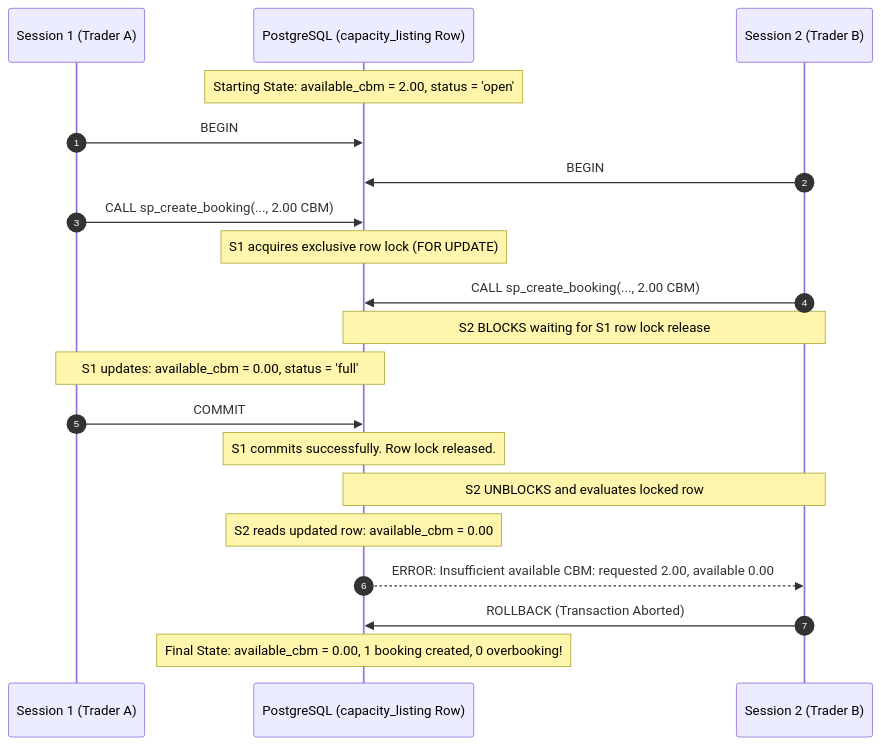
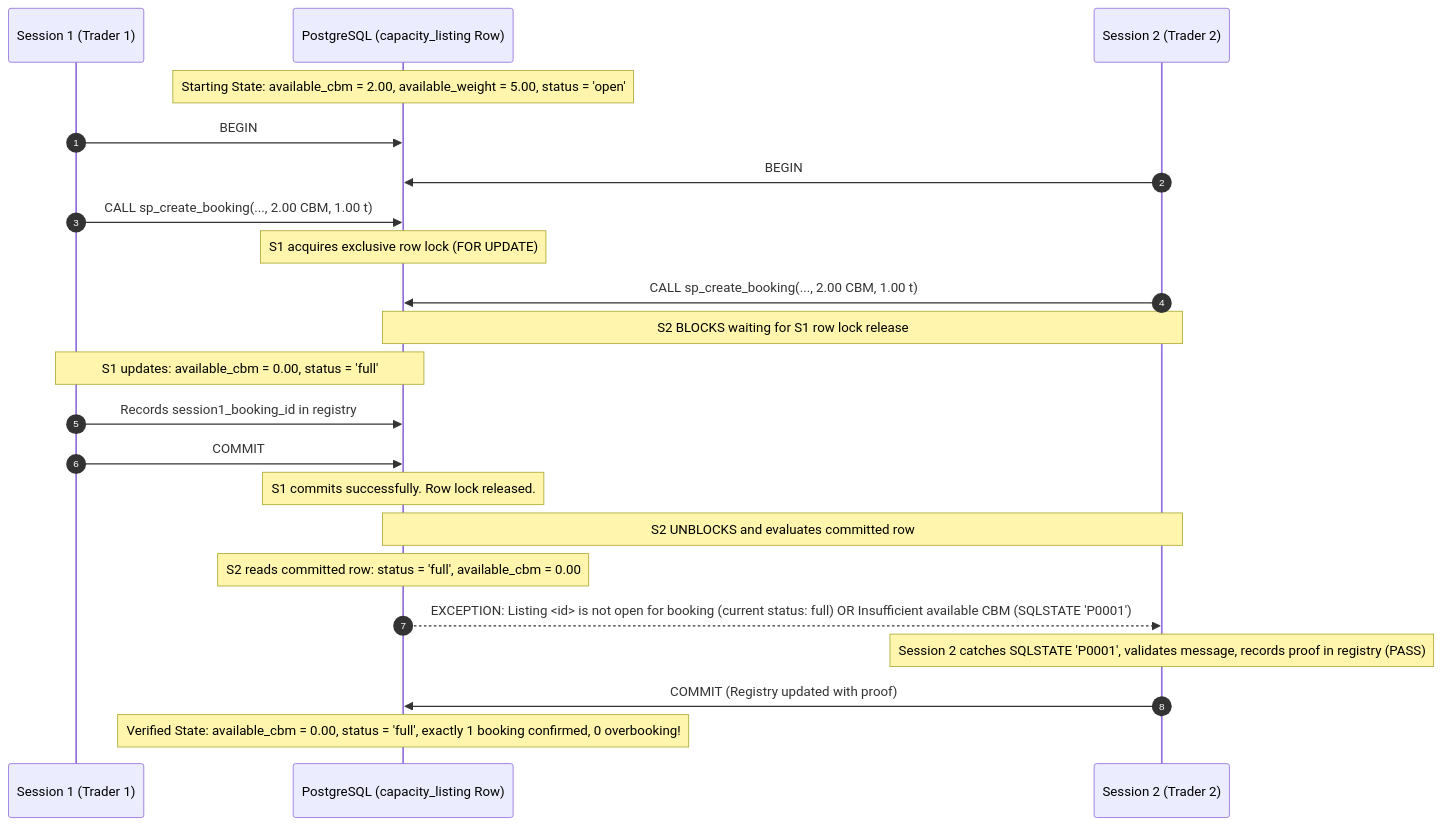
Before and after one commit to harshitaa-gg/ShipSpace: the diagram in docs/phase6e_concurrency_control.md, drawn with Mermaid. The commit also changed other lines of this file and 5 other files, not shown here.

````diff
--- a/docs/phase6e_concurrency_control.md
+++ b/docs/phase6e_concurrency_control.md
@@ -39,23 +46,25 @@
 ```mermaid
 sequenceDiagram
     autonumber
-    participant S1 as Session 1 (Trader A)
+    participant S1 as Session 1 (Trader 1)
     participant DB as PostgreSQL (capacity_listing Row)
-    participant S2 as Session 2 (Trader B)
+    participant S2 as Session 2 (Trader 2)
 
-    Note over DB: Starting State: available_cbm = 2.00, status = 'open'
+    Note over DB: Starting State: available_cbm = 2.00, available_weight = 5.00, status = 'open'
     S1->>DB: BEGIN;
     S2->>DB: BEGIN;
-    S1->>DB: CALL sp_create_booking(..., 2.00 CBM)
+    S1->>DB: CALL sp_create_booking(..., 2.00 CBM, 1.00 t)
     Note over DB: S1 acquires exclusive row lock (FOR UPDATE)
-    S2->>DB: CALL sp_create_booking(..., 2.00 CBM)
+    S2->>DB: CALL sp_create_booking(..., 2.00 CBM, 1.00 t)
     Note over S2,DB: S2 BLOCKS waiting for S1 row lock release
     Note over S1,DB: S1 updates: available_cbm = 0.00, status = 'full'
+    S1->>DB: Records session1_booking_id in registry
     S1->>DB: COMMIT;
     Note over DB: S1 commits successfully. Row lock released.
-    Note over S2,DB: S2 UNBLOCKS and evaluates locked row
-    Note over DB: S2 reads updated row: available_cbm = 0.00
-    DB-->>S2: ERROR: Insufficient available CBM: requested 2.00, available 0.00
-    S2->>DB: ROLLBACK (Transaction Aborted)
-    Note over DB: Final State: available_cbm = 0.00, 1 booking created, 0 overbooking!
+    Note over S2,DB: S2 UNBLOCKS and evaluates committed row
+    Note over DB: S2 reads committed row: status = 'full', available_cbm = 0.00
+    DB-->>S2: EXCEPTION: Listing <id> is not open for booking (current status: full) OR Insufficient available CBM (SQLSTATE 'P0001')
+    Note over S2: Session 2 catches SQLSTATE 'P0001', validates message, records proof in registry (PASS)
+    S2->>DB: COMMIT (Registry updated with proof)
+    Note over DB: Verified State: available_cbm = 0.00, status = 'full', exactly 1 booking confirmed, 0 overbooking!
 ```
````
